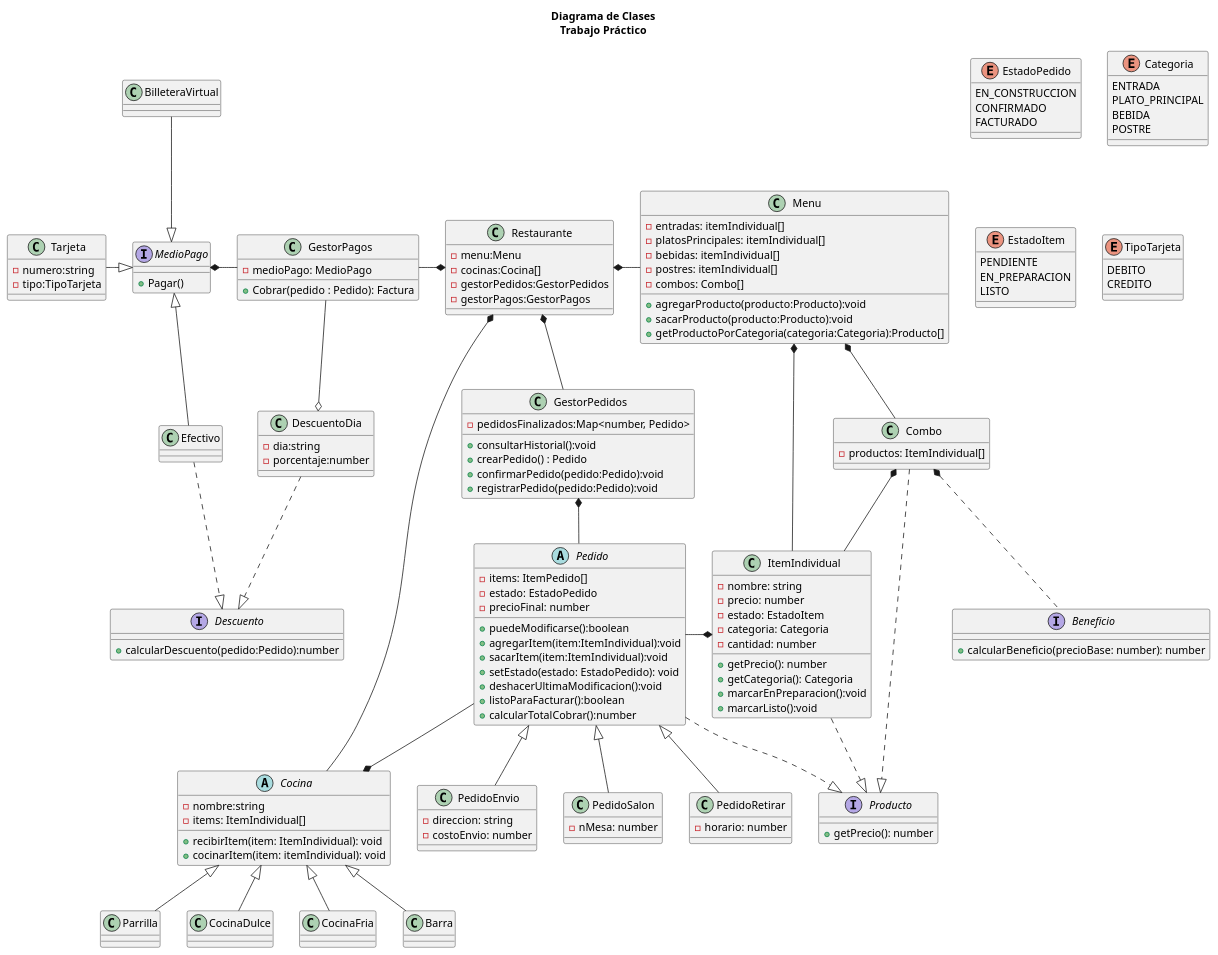
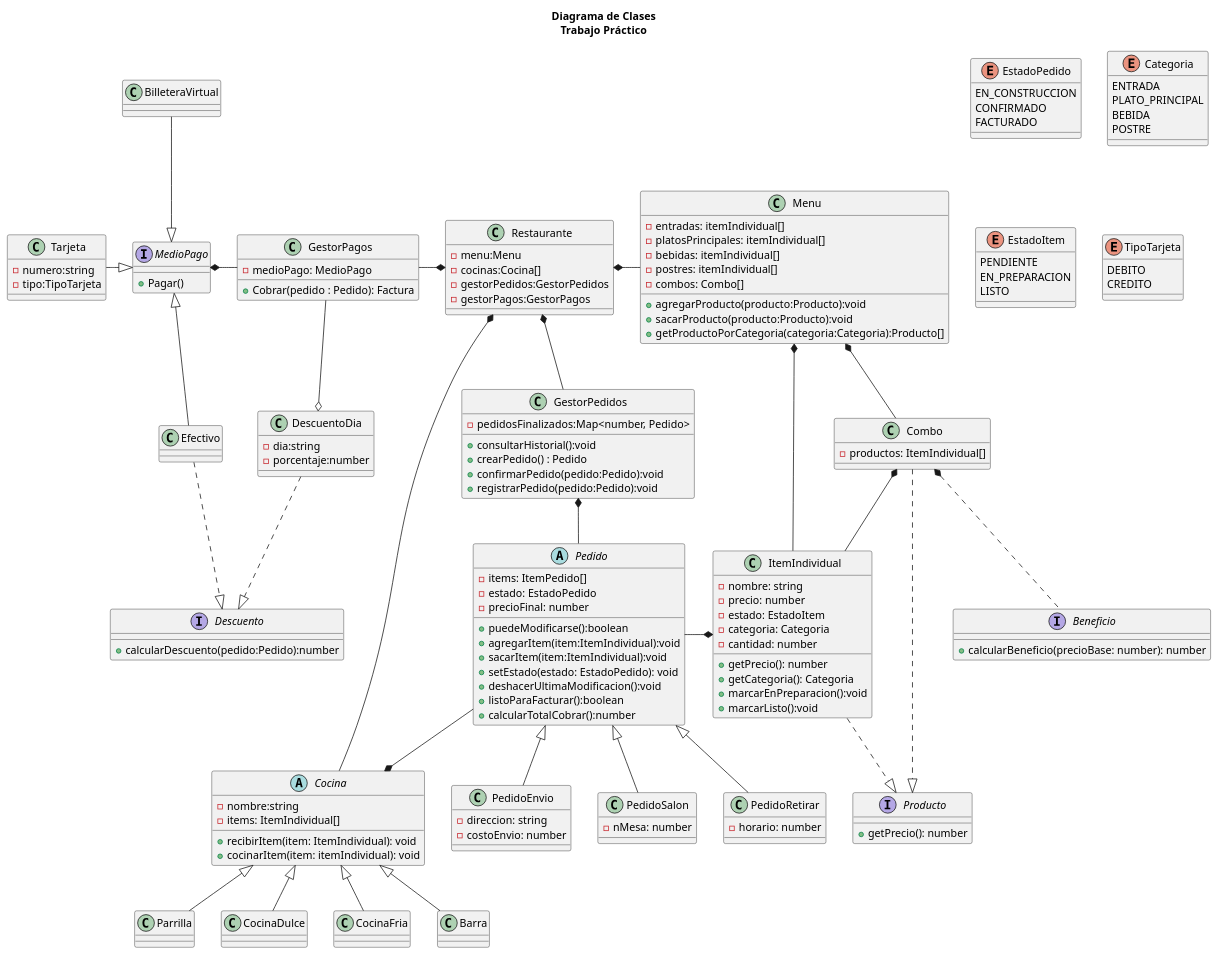
The diagram in diagrama/diagrama.puml (crstian8819/tp-grupo-11), drawn with PlantUML before and after one commit.

Commit message:
relacion pedido implementa producto eliminada

```diff
--- a/diagrama/diagrama.puml
+++ b/diagrama/diagrama.puml
@@ -183,7 +183,6 @@
     Pedido <|-d- PedidoEnvio
     Pedido -r-* ItemIndividual
     Pedido --* Cocina
-    Pedido ..|> Producto
 
 'MENU
 
```
